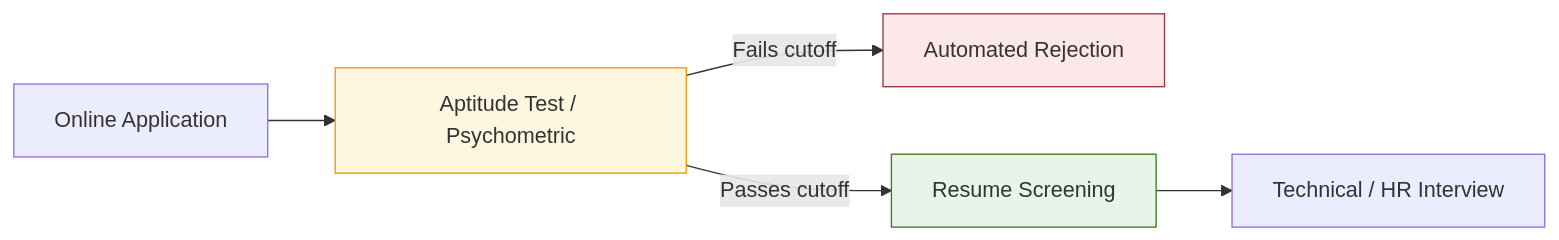
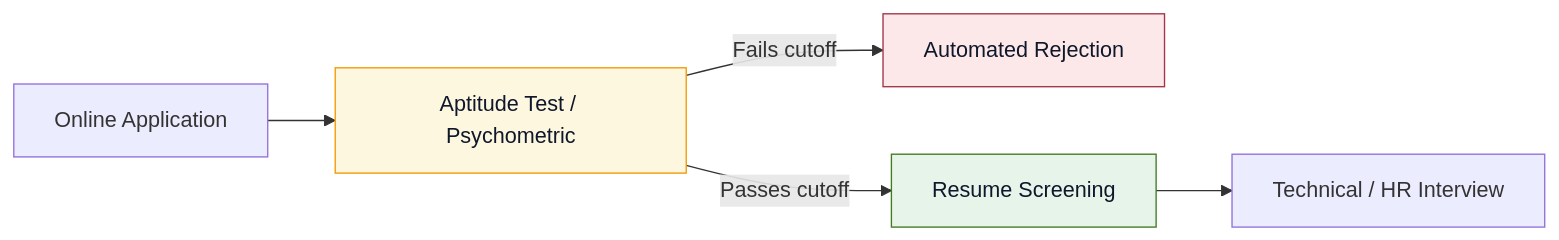
One commit to the-career-breweries/tcb-soft-skills changed the diagram in curriculum-app/src/content/lessons/ug/bcom/sem6/week21.md. Above: the diagram before and after it, drawn with Mermaid. The commit also changed 5 other files, not shown here.

Commit message:
fix: resolve mermaid text illegibility in dark mode by removing global CSS color override and explicitly adding dark text colors to custom light-background nodes

````diff
--- a/curriculum-app/src/content/lessons/ug/bcom/sem6/week21.md
+++ b/curriculum-app/src/content/lessons/ug/bcom/sem6/week21.md
@@ -14,11 +14,11 @@
 ```mermaid
 flowchart LR
     A[Online Application] --> B[Aptitude Test / Psychometric]
     B -- Fails cutoff --> C[Automated Rejection]
     B -- Passes cutoff --> D[Resume Screening]
     D --> E[Technical / HR Interview]
     
-    style B fill:#fef7e0,stroke:#f29900
-    style C fill:#fce8e8,stroke:#a13544
-    style D fill:#e6f4ea,stroke:#437a22
+    style B fill:#fef7e0,stroke:#f29900,color:#0f172a
+    style C fill:#fce8e8,stroke:#a13544,color:#0f172a
+    style D fill:#e6f4ea,stroke:#437a22,color:#0f172a
 ```
````
